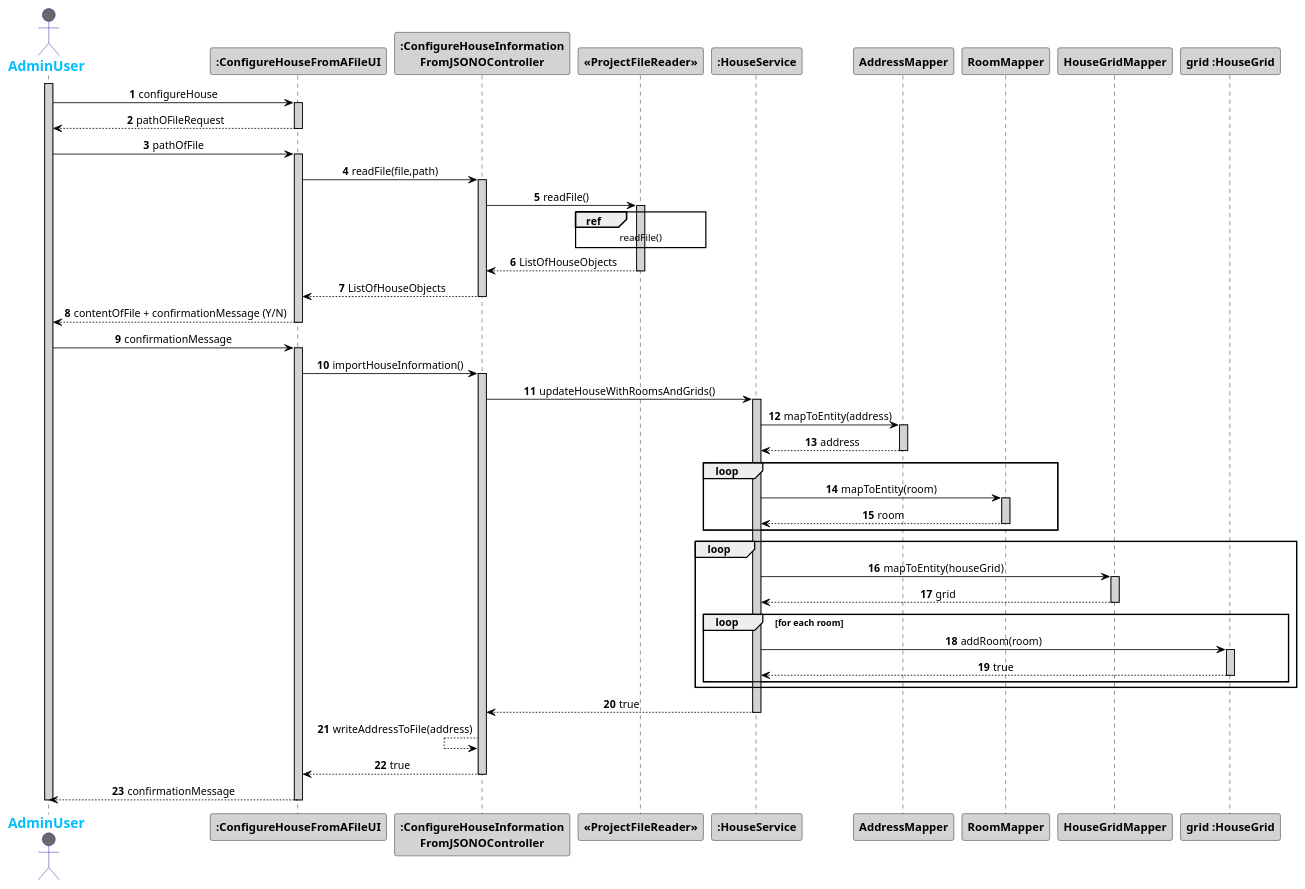
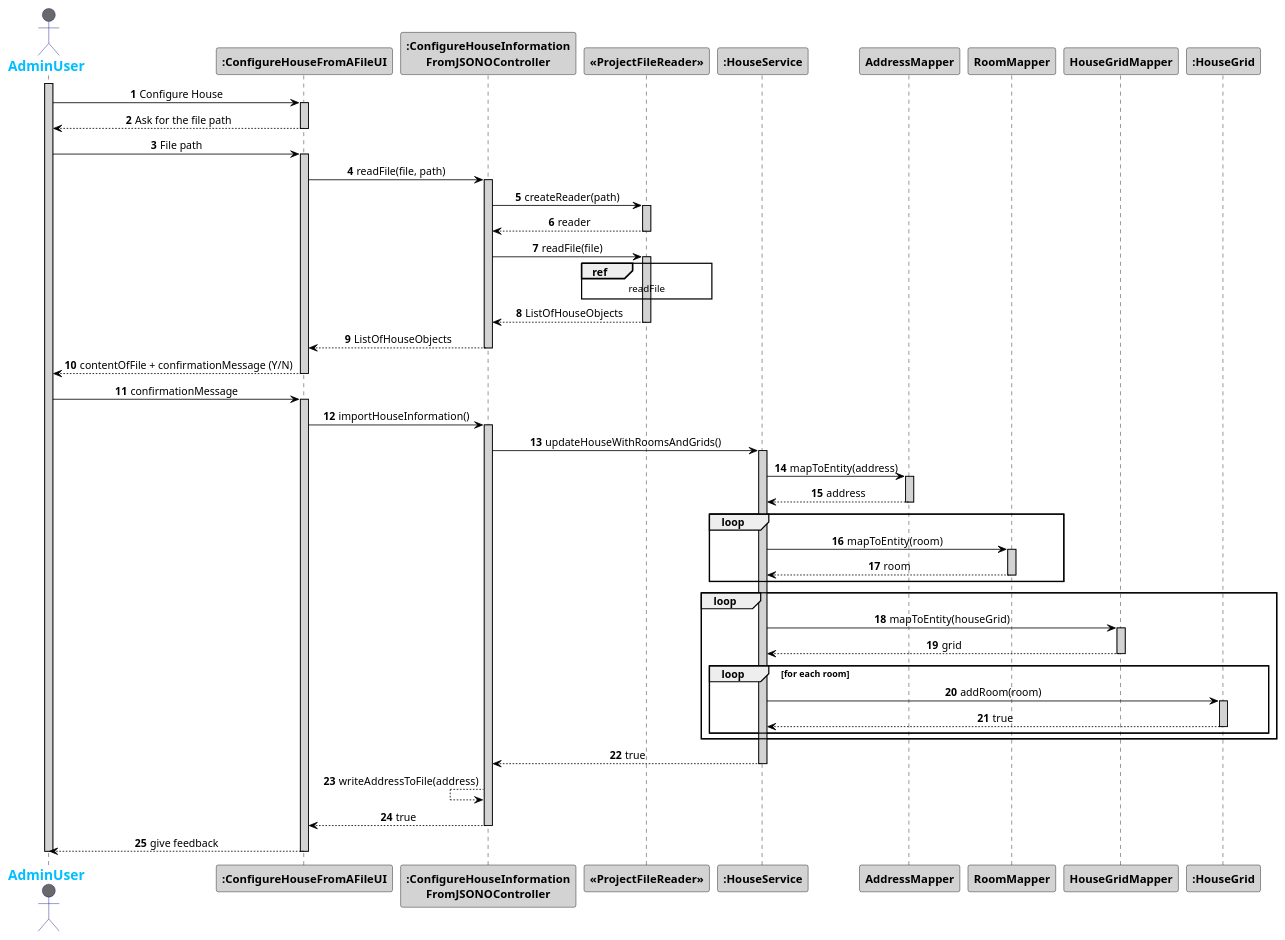
Before and after one commit to 1181687/hateoasToy: the diagram in src/main/java/pt/ipp/isep/dei/project/controllers/configurehouseinformationfromjsoncontroller/SD_ConfigureFromJSON.puml, drawn with PlantUML. The commit also changed 2 other files, not shown here.

Commit message:
Formatting changes to Sequence Diagrams

```diff
--- a/src/main/java/pt/ipp/isep/dei/project/controllers/configurehouseinformationfromjsoncontroller/SD_ConfigureFromJSON.puml
+++ b/src/main/java/pt/ipp/isep/dei/project/controllers/configurehouseinformationfromjsoncontroller/SD_ConfigureFromJSON.puml
@@ -1,83 +1,88 @@
 @startuml
 skinparam sequenceMessageAlign center
 skinparam sequence {
 	ArrowColor Black
 	ActorBorderColor DarkBlue
 	LifeLineBorderColor black
 	LifeLineBackgroundColor LightGrey
 
 	ParticipantBorderColor Black
 	ParticipantBackgroundColor LightGrey
 	ParticipantFontStyle Bold
 
 	ActorBackgroundColor DimGrey
 	ActorFontColor DeepSkyBlue
 	ActorFontStyle Bold
 	ActorFontSize 17
 	ActorFontName Aapex
 }
 autonumber
 actor AdminUser
 activate AdminUser
 actor AdminUser
 
-AdminUser -> ":ConfigureHouseFromAFileUI": configureHouse
+
+
+AdminUser -> ":ConfigureHouseFromAFileUI": Configure House
 activate ":ConfigureHouseFromAFileUI"
-AdminUser <-- ":ConfigureHouseFromAFileUI": pathOFileRequest
+AdminUser <-- ":ConfigureHouseFromAFileUI": Ask for the file path
 deactivate ":ConfigureHouseFromAFileUI"
-AdminUser -> ":ConfigureHouseFromAFileUI": pathOfFile
+AdminUser -> ":ConfigureHouseFromAFileUI": File path
 activate ":ConfigureHouseFromAFileUI"
-":ConfigureHouseFromAFileUI" -> ":ConfigureHouseInformation\nFromJSONOController" :  readFile(file,path)
+":ConfigureHouseFromAFileUI" -> ":ConfigureHouseInformation\nFromJSONOController" :  readFile(file, path)
 activate ":ConfigureHouseInformation\nFromJSONOController"
-":ConfigureHouseInformation\nFromJSONOController" -> "<<ProjectFileReader>>": readFile()
+":ConfigureHouseInformation\nFromJSONOController"  -> "<<ProjectFileReader>>" :  createReader(path)
+activate "<<ProjectFileReader>>"
+"<<ProjectFileReader>>"  --> ":ConfigureHouseInformation\nFromJSONOController" : reader
+deactivate "<<ProjectFileReader>>"
+":ConfigureHouseInformation\nFromJSONOController" -> "<<ProjectFileReader>>":  readFile(file)
 activate "<<ProjectFileReader>>"
 ref over "<<ProjectFileReader>>"
-readFile()
+readFile
 end
-
 ":ConfigureHouseInformation\nFromJSONOController" <--  "<<ProjectFileReader>>": ListOfHouseObjects
 deactivate "<<ProjectFileReader>>"
 ":ConfigureHouseFromAFileUI" <-- ":ConfigureHouseInformation\nFromJSONOController": ListOfHouseObjects
 deactivate ":ConfigureHouseInformation\nFromJSONOController"
 AdminUser <-- ":ConfigureHouseFromAFileUI" : contentOfFile + confirmationMessage (Y/N)
 deactivate ":ConfigureHouseFromAFileUI"
 AdminUser -> ":ConfigureHouseFromAFileUI": confirmationMessage
 activate ":ConfigureHouseFromAFileUI"
 ":ConfigureHouseFromAFileUI" -> ":ConfigureHouseInformation\nFromJSONOController": importHouseInformation()
 activate ":ConfigureHouseInformation\nFromJSONOController"
 ":ConfigureHouseInformation\nFromJSONOController" -> ":HouseService": updateHouseWithRoomsAndGrids()
 activate ":HouseService"
 ":HouseService" -> "AddressMapper" : mapToEntity(address)
 activate "AddressMapper"
 ":HouseService"<-- "AddressMapper" : address
 deactivate "AddressMapper"
 loop
 ":HouseService" -> "RoomMapper" :  mapToEntity(room)
 activate "RoomMapper"
 ":HouseService" <-- "RoomMapper" : room
  deactivate "RoomMapper"
  end
  loop
 ":HouseService" -> "HouseGridMapper" :  mapToEntity(houseGrid)
  activate "HouseGridMapper"
  ":HouseService" <-- "HouseGridMapper" : grid
   deactivate "HouseGridMapper"
   loop for each room
-  ":HouseService" -> "grid :HouseGrid" :  addRoom(room)
-  activate "grid :HouseGrid"
-  ":HouseService" <-- "grid :HouseGrid" : true
-  deactivate "grid :HouseGrid"
+  ":HouseService" -> ":HouseGrid" :  addRoom(room)
+  activate ":HouseGrid"
+  ":HouseService" <-- ":HouseGrid" : true
+  deactivate ":HouseGrid"
   end
   end
  ":ConfigureHouseInformation\nFromJSONOController" <-- ":HouseService": true
  deactivate ":HouseService"
  ":ConfigureHouseInformation\nFromJSONOController" <-- ":ConfigureHouseInformation\nFromJSONOController" : writeAddressToFile(address)
 ":ConfigureHouseFromAFileUI" <-- ":ConfigureHouseInformation\nFromJSONOController": true
  deactivate ":ConfigureHouseInformation\nFromJSONOController"
-AdminUser <-- ":ConfigureHouseFromAFileUI": confirmationMessage
+AdminUser <-- ":ConfigureHouseFromAFileUI": give feedback
 deactivate ":ConfigureHouseFromAFileUI"
 deactivate AdminUser
 
 
 
 @enduml
```
